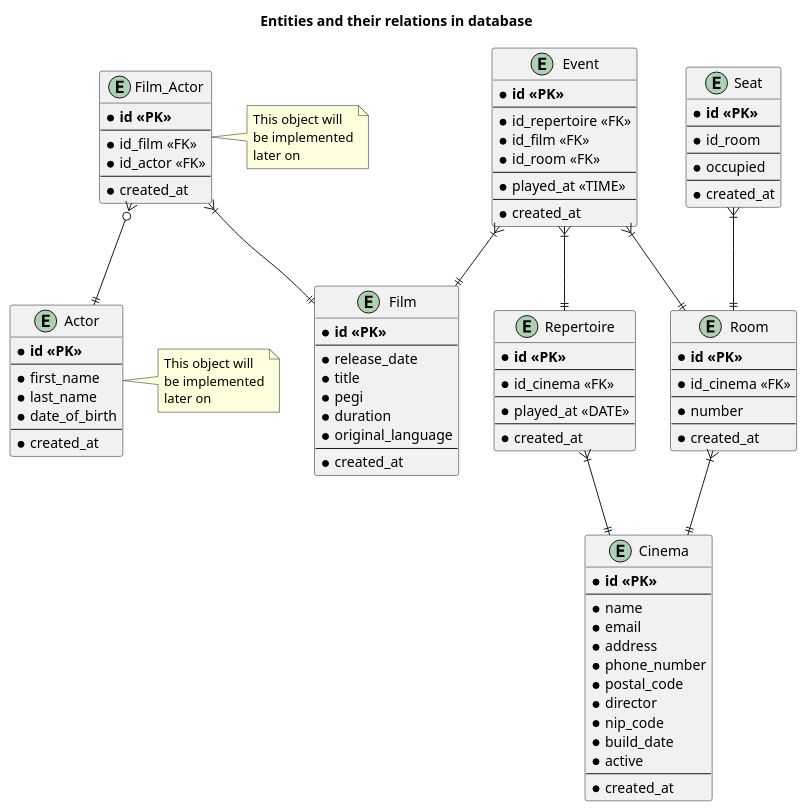
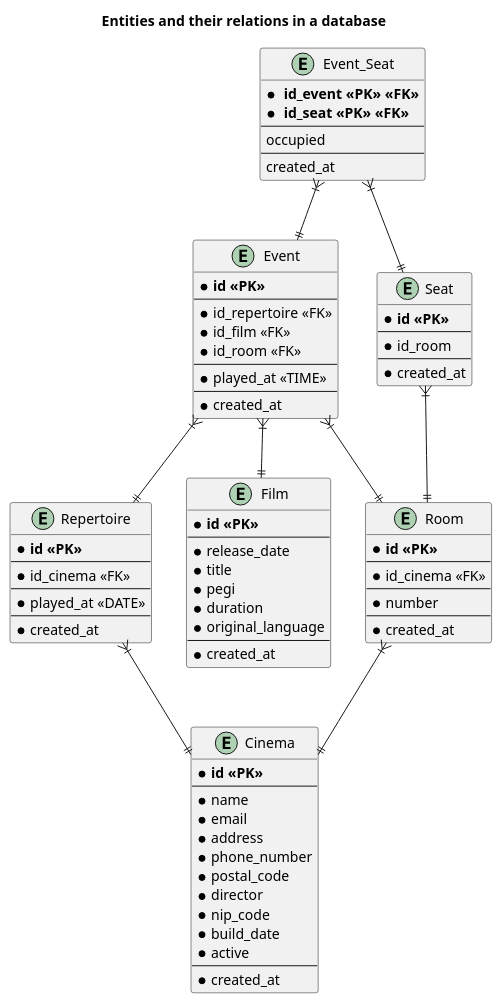
One commit to Matiar15/cinema-gateway changed the diagram in documentation/database/db_relations.puml. Above: the diagram before and after it, drawn with PlantUML. The commit also changed 14 other files, not shown here.

```diff
--- a/documentation/database/db_relations.puml
+++ b/documentation/database/db_relations.puml
@@ -1,99 +1,93 @@
 @startuml
-title Entities and their relations in database
+title Entities and their relations in a database
 
 entity Cinema {
     * **id <<PK>>**
     --
     * name
     * email
     * address
     * phone_number
     * postal_code
     * director
     * nip_code
     * build_date
     * active
     --
     * created_at
 }
 
 entity Repertoire {
     * **id <<PK>>**
     --
     * id_cinema <<FK>>
     --
     * played_at <<DATE>>
     --
     * created_at
 }
 
 entity Film {
     * **id <<PK>>**
     --
     * release_date
     * title
     * pegi
     * duration
     * original_language
     --
     * created_at
 }
 
 entity Event {
     * **id <<PK>>**
     --
     * id_repertoire <<FK>>
     * id_film <<FK>>
     * id_room <<FK>>
     --
     * played_at <<TIME>>
     --
     * created_at
 }
+
+entity Event_Seat {
+    * ** id_event <<PK>> <<FK>>**
+    * ** id_seat <<PK>> <<FK>>**
+    --
+    occupied
+    --
+    created_at
+}
+
 entity Room {
     * **id <<PK>>**
     --
     * id_cinema <<FK>>
     --
     * number
     --
     * created_at
 }
 entity Seat {
     * **id <<PK>>**
     --
     * id_room
     --
-    * occupied
-    --
     * created_at
 }
 
-entity Film_Actor {
-    * **id <<PK>>**
-    --
-    * id_film <<FK>>
-    * id_actor <<FK>>
-    --
-    * created_at
-}
-note right: This object will\nbe implemented\nlater on
-entity Actor {
-    * **id <<PK>>**
-    --
-    * first_name
-    * last_name
-    * date_of_birth
-    --
-    * created_at
-}
-note right: This object will\nbe implemented\nlater on
+
 Repertoire      }|--|| Cinema
+
 Event }|--|| Film
 Event }|--|| Repertoire
 Event }|--|| Room
+
 Seat            }|--|| Room
-Film_Actor      }|--|| Film
-Film_Actor      }o--|| Actor
 Room            }|--|| Cinema
+
+
+Event_Seat }|--|| Seat
+Event_Seat }|--|| Event
 @enduml
```
